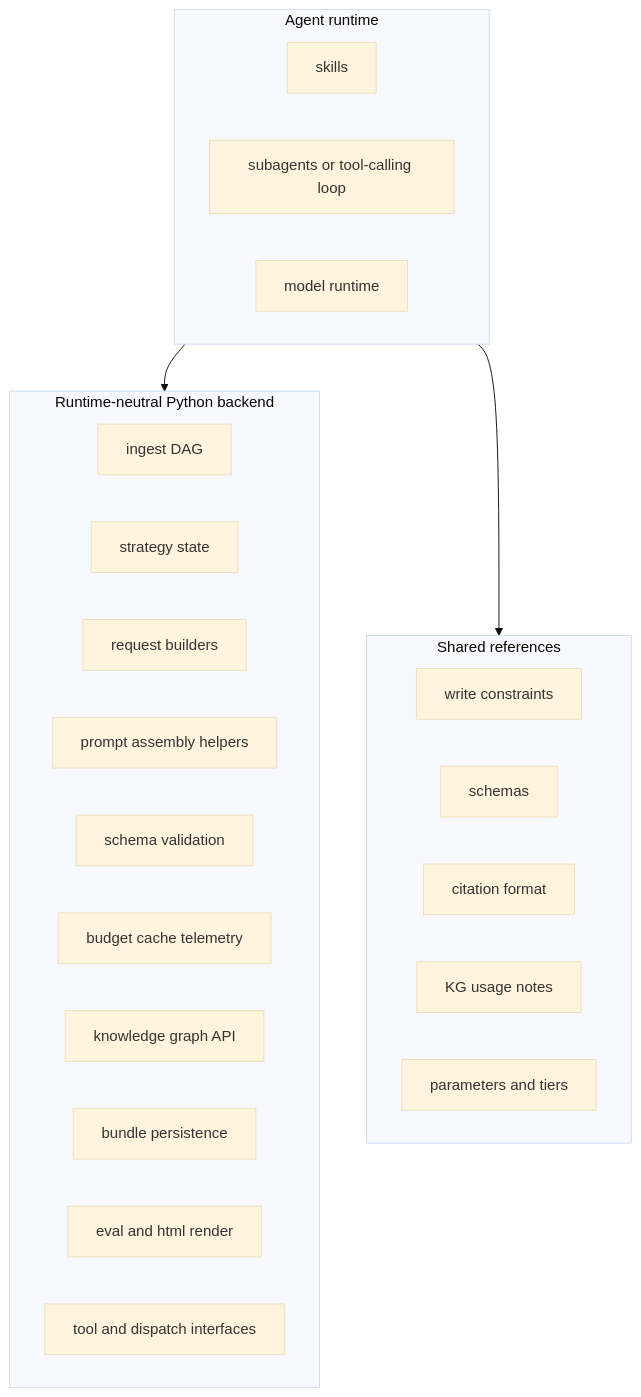
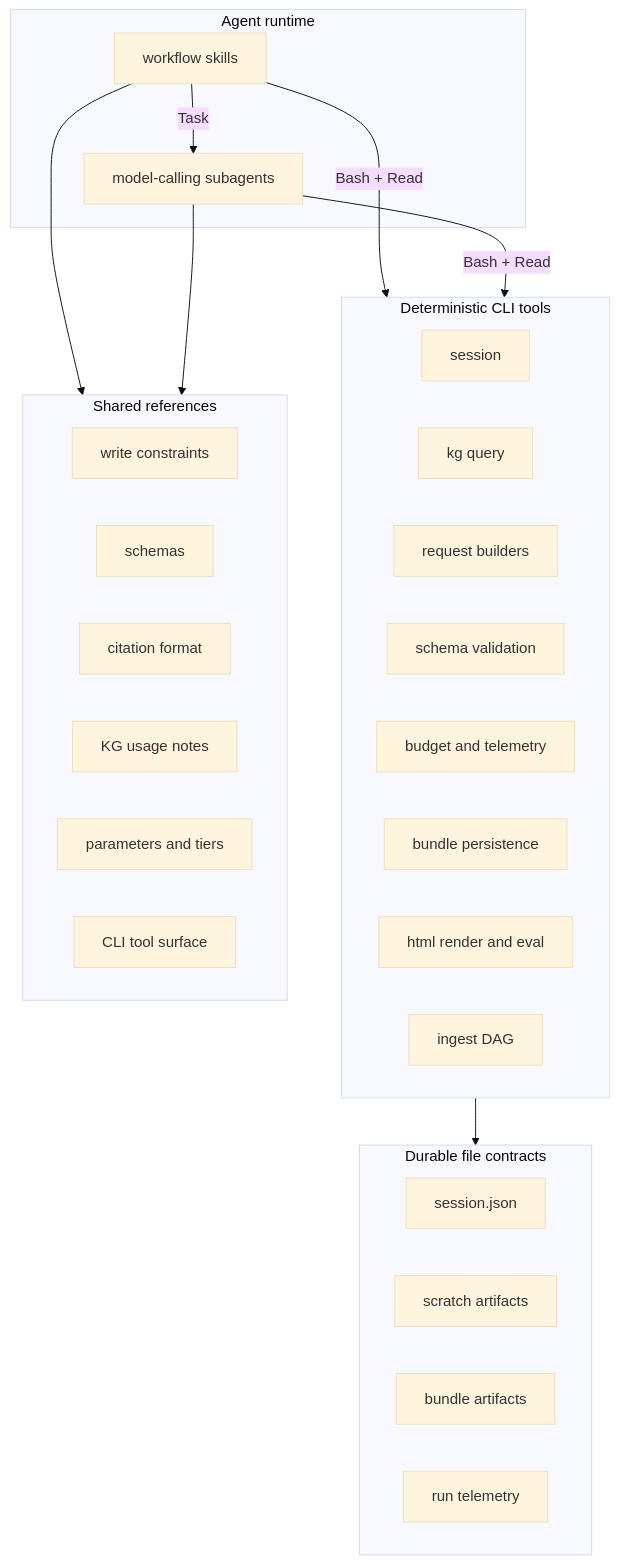
Before and after one commit to fgrillo89/wikify: the diagram in docs/skill-centric-pivot.md, drawn with Mermaid (base theme). The commit also changed other lines of this file and 1 other file, not shown here.

````diff
--- a/docs/skill-centric-pivot.md
+++ b/docs/skill-centric-pivot.md
@@ -74,32 +268,41 @@
 ```mermaid
 flowchart TB
     subgraph AGENT["Agent runtime"]
-        A1[skills]
-        A2[subagents or tool-calling loop]
-        A3[model runtime]
+        A1[workflow skills]
+        A2[model-calling subagents]
     end
 
-    subgraph CORE["Runtime-neutral Python backend"]
-        C1[ingest DAG]
-        C2[strategy state]
+    subgraph CLI["Deterministic CLI tools"]
+        C1[session]
+        C2[kg query]
         C3[request builders]
-        C4[prompt assembly helpers]
-        C5[schema validation]
-        C6[budget cache telemetry]
-        C7[knowledge graph API]
-        C8[bundle persistence]
-        C9[eval and html render]
-        C10[tool and dispatch interfaces]
+        C4[schema validation]
+        C5[budget and telemetry]
+        C6[bundle persistence]
+        C7[html render and eval]
+        C8[ingest DAG]
+    end
+
+    subgraph FILES["Durable file contracts"]
+        F1[session.json]
+        F2[scratch artifacts]
+        F3[bundle artifacts]
+        F4[run telemetry]
     end
 
     subgraph REFS["Shared references"]
         R1[write constraints]
         R2[schemas]
         R3[citation format]
         R4[KG usage notes]
         R5[parameters and tiers]
+        R6[CLI tool surface]
     end
 
-    AGENT --> CORE
-    AGENT --> REFS
+    A1 -->|Bash + Read| CLI
+    A1 -->|Task| A2
+    A2 -->|Bash + Read| CLI
+    CLI --> FILES
+    A1 --> REFS
+    A2 --> REFS
 ```
````
